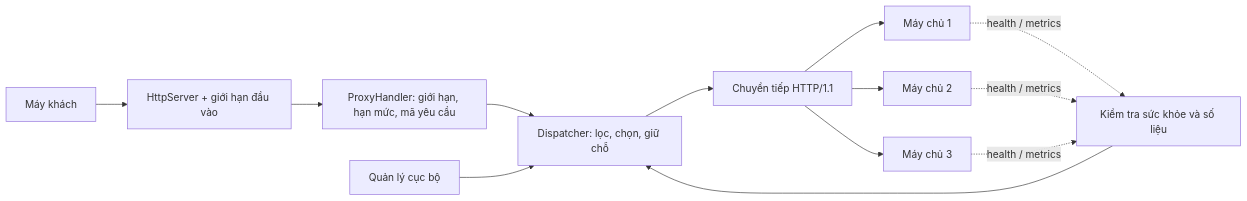
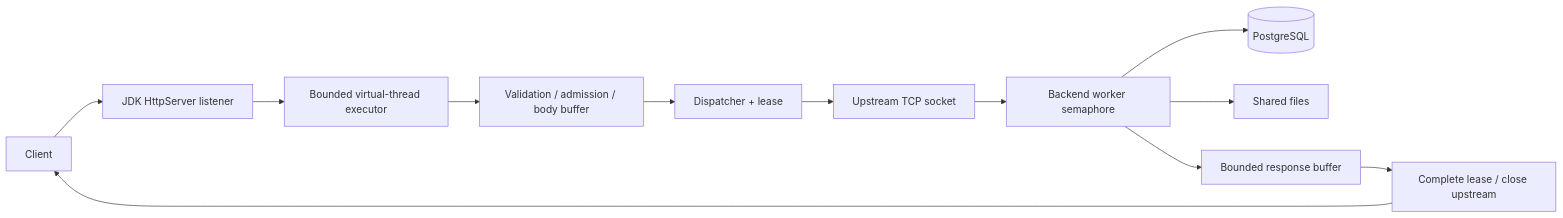
The diagram in README.md (nguyenvanquanghjhj/reverse-proxy), drawn with Mermaid before and after one commit. The commit also changed other lines of this file and 234 other files, not shown here.

````diff
--- a/README.md
+++ b/README.md
@@ -34,15 +49,14 @@
 ```mermaid
 flowchart LR
-    C[Máy khách] --> I[HttpServer + giới hạn đầu vào]
-    I --> H[ProxyHandler: giới hạn, hạn mức, mã yêu cầu]
-    H --> D[Dispatcher: lọc, chọn, giữ chỗ]
-    D --> T[Chuyển tiếp HTTP/1.1]
-    T --> B1[Máy chủ 1]
-    T --> B2[Máy chủ 2]
-    T --> B3[Máy chủ 3]
-    HC[Kiểm tra sức khỏe và số liệu] --> D
-    B1 -. health / metrics .-> HC
-    B2 -. health / metrics .-> HC
-    B3 -. health / metrics .-> HC
-    M[Quản lý cục bộ] --> D
+    C[Client] --> L[JDK HttpServer listener]
+    L --> E[Bounded virtual-thread executor]
+    E --> H[Validation / admission / body buffer]
+    H --> D[Dispatcher + lease]
+    D --> S[Upstream TCP socket]
+    S --> B[Backend worker semaphore]
+    B --> P[(PostgreSQL)]
+    B --> F[Shared files]
+    B --> R[Bounded response buffer]
+    R --> X[Complete lease / close upstream]
+    X --> C
 ```
````
